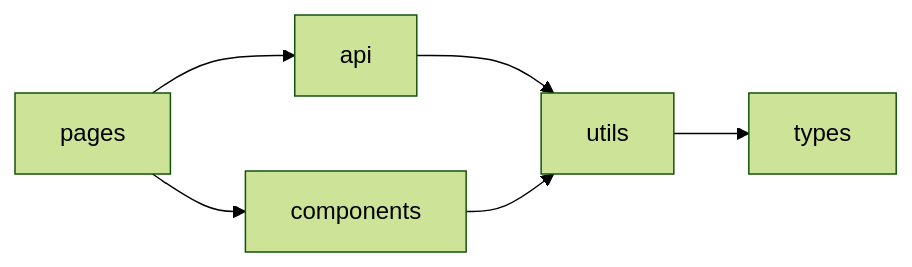
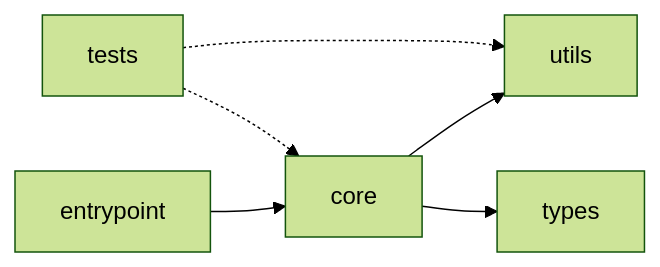
One commit to golovachruslan/claude-pro-skills changed the sixth of 6 diagrams in project-context/agents/architecture-documenter.md. Above: the diagram before and after it, drawn with Mermaid (forest theme). The commit also changed other lines of this file and 3 other files, not shown here.

````diff
--- a/project-context/agents/architecture-documenter.md
+++ b/project-context/agents/architecture-documenter.md
@@ -117,8 +144,8 @@
 ```mermaid
 graph LR
-    pages --> components
-    pages --> api
-    api --> utils
-    components --> utils
-    utils --> types
+    entrypoint --> core
+    core --> utils
+    core --> types
+    tests -.-> core
+    tests -.-> utils
 ```
````
